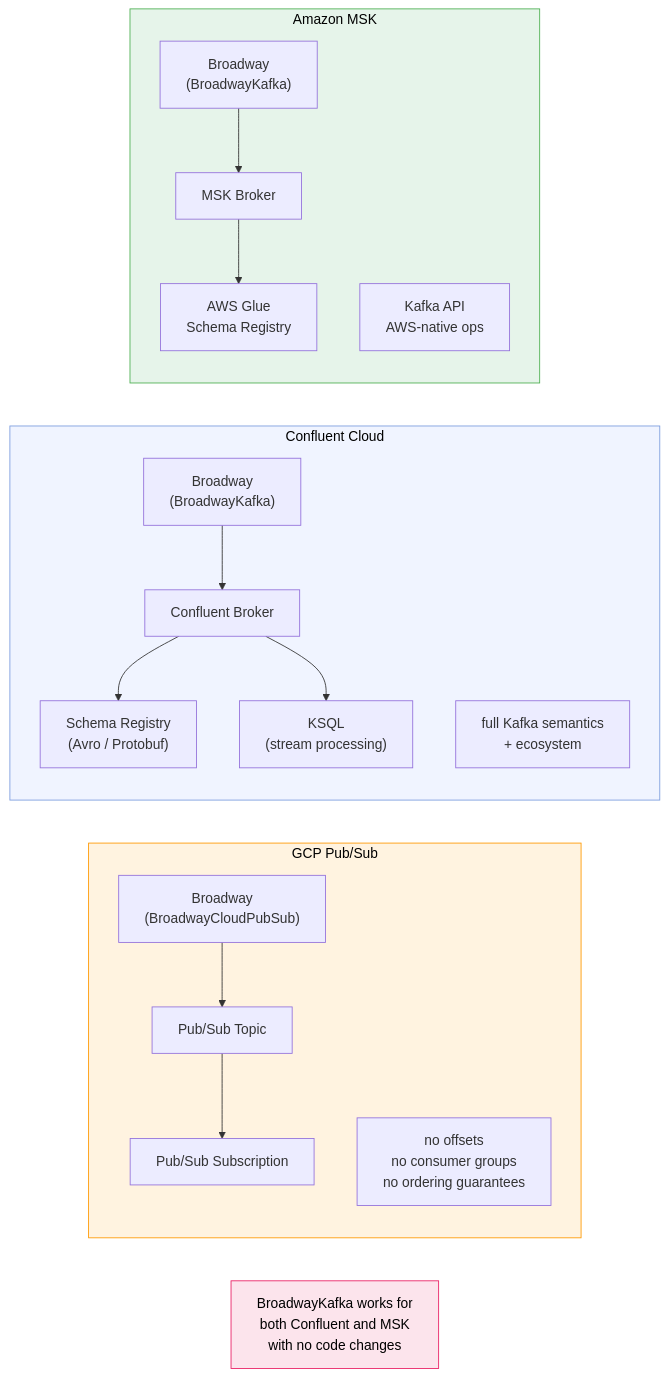
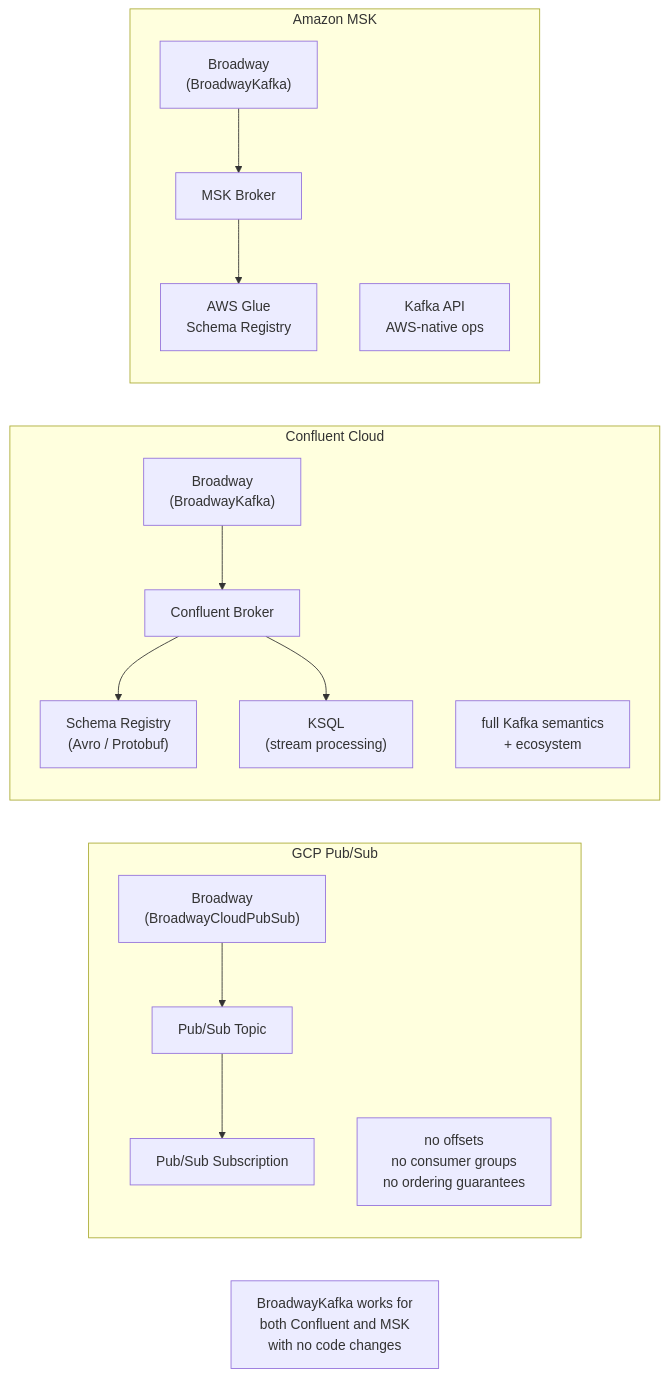
Diagram 24 of 24 in docs/notes/genstage-broadway-ai.md (bchassoul/notes), drawn with Mermaid before and after one commit. The commit also changed other lines of this file and 9 other files, not shown here.

Commit message:
Add diagrams and visual improvements across all notes

````diff
--- a/docs/notes/genstage-broadway-ai.md
+++ b/docs/notes/genstage-broadway-ai.md
@@ -2045,28 +2008,24 @@
 ```mermaid
 flowchart LR
     subgraph PubSub["GCP Pub/Sub"]
         PS_BW["Broadway\n(BroadwayCloudPubSub)"] --> PS_T["Pub/Sub Topic"]
         PS_T --> PS_S["Pub/Sub Subscription"]
         PS_NOTE["no offsets\nno consumer groups\nno ordering guarantees"]
     end
 
     subgraph Confluent["Confluent Cloud"]
         CC_BW["Broadway\n(BroadwayKafka)"] --> CC_B["Confluent Broker"]
         CC_B --> CC_SR["Schema Registry\n(Avro / Protobuf)"]
         CC_B --> CC_KS["KSQL\n(stream processing)"]
         CC_NOTE["full Kafka semantics\n+ ecosystem"]
     end
 
     subgraph MSK["Amazon MSK"]
         MSK_BW["Broadway\n(BroadwayKafka)"] --> MSK_B["MSK Broker"]
         MSK_B --> MSK_SR["AWS Glue\nSchema Registry"]
         MSK_NOTE["Kafka API\nAWS-native ops"]
     end
 
     SAME["BroadwayKafka works for\nboth Confluent and MSK\nwith no code changes"]
 
-    style PubSub fill:#fff3e0,stroke:#ff9800,color:#000
-    style Confluent fill:#f0f4ff,stroke:#7b9cde,color:#000
-    style MSK fill:#e6f4ea,stroke:#4caf50,color:#000
-    style SAME fill:#fce4ec,stroke:#e91e63,color:#000
 ```
````
